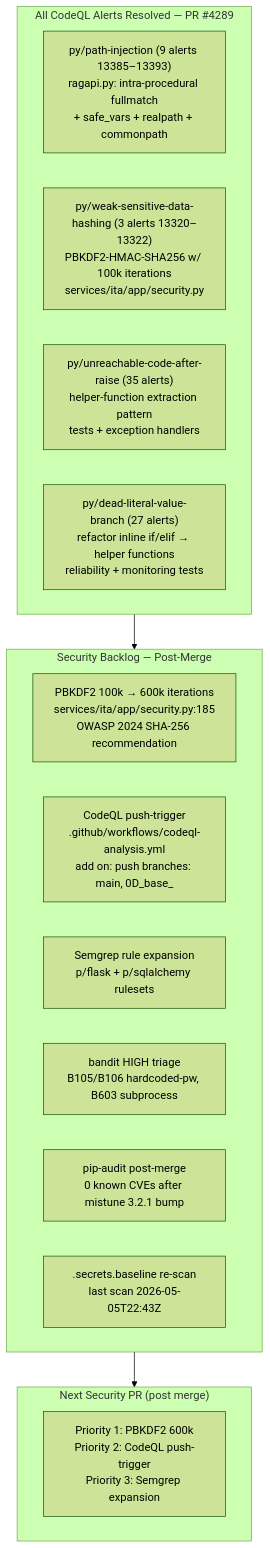
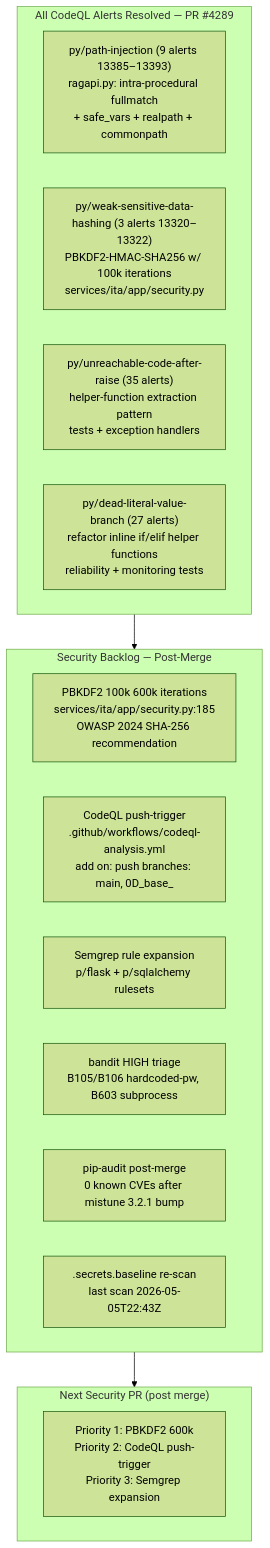
Before and after one commit to Aries-Serpent/_codex_: the ninth of 26 diagrams in docs/sessions/PR4317_session_diagram.md, drawn with Mermaid (forest theme). The commit also changed other lines of this file and 4117 other files, not shown here.

````diff
--- a/docs/sessions/PR4317_session_diagram.md
+++ b/docs/sessions/PR4317_session_diagram.md
@@ -259,26 +308,28 @@
 ```mermaid
 %%{init: {'accessibility': {'title': 'Flowchart showing " All CodeQL Alerts Resolved — PR #4289", "py/path-injection (9 alerts 13385–13393)\nragapi.py: intra-procedural fullmatch\n+ safe_vars + realpath + commonpath"'}}%%
+
 flowchart TD
-    subgraph RESOLVED[" All CodeQL Alerts Resolved — PR #4289"]
-        R1["py/path-injection (9 alerts 13385–13393)\nragapi.py: intra-procedural fullmatch\n+ safe_vars + realpath + commonpath"]
-        R2["py/weak-sensitive-data-hashing (3 alerts 13320–13322)\nPBKDF2-HMAC-SHA256 w/ 100k iterations\nservices/ita/app/security.py"]
-        R3["py/unreachable-code-after-raise (35 alerts)\nhelper-function extraction pattern\ntests + exception handlers"]
-        R4["py/dead-literal-value-branch (27 alerts)\nrefactor inline if/elif → helper functions\nreliability + monitoring tests"]
-    end
+ subgraph RESOLVED[" All CodeQL Alerts Resolved — PR #4289"]
+ R1["py/path-injection (9 alerts 13385–13393)\nragapi.py: intra-procedural fullmatch\n+ safe_vars + realpath + commonpath"]
+ R2["py/weak-sensitive-data-hashing (3 alerts 13320–13322)\nPBKDF2-HMAC-SHA256 w/ 100k iterations\nservices/ita/app/security.py"]
+ R3["py/unreachable-code-after-raise (35 alerts)\nhelper-function extraction pattern\ntests + exception handlers"]
+ R4["py/dead-literal-value-branch (27 alerts)\nrefactor inline if/elif helper functions\nreliability + monitoring tests"]
+ end
 
-    subgraph BACKLOG[" Security Backlog — Post-Merge"]
-        B1[" PBKDF2 100k → 600k iterations\nservices/ita/app/security.py:185\nOWASP 2024 SHA-256 recommendation"]
-        B2[" CodeQL push-trigger\n.github/workflows/codeql-analysis.yml\nadd on: push branches: main, 0D_base_"]
-        B3[" Semgrep rule expansion\np/flask + p/sqlalchemy rulesets"]
-        B4[" bandit HIGH triage\nB105/B106 hardcoded-pw, B603 subprocess"]
-        B5[" pip-audit post-merge\n0 known CVEs after mistune 3.2.1 bump"]
-        B6[" .secrets.baseline re-scan\nlast scan 2026-05-05T22:43Z"]
-    end
+ subgraph BACKLOG[" Security Backlog — Post-Merge"]
+ B1[" PBKDF2 100k 600k iterations\nservices/ita/app/security.py:185\nOWASP 2024 SHA-256 recommendation"]
+ B2[" CodeQL push-trigger\n.github/workflows/codeql-analysis.yml\nadd on: push branches: main, 0D_base_"]
+ B3[" Semgrep rule expansion\np/flask + p/sqlalchemy rulesets"]
+ B4[" bandit HIGH triage\nB105/B106 hardcoded-pw, B603 subprocess"]
+ B5[" pip-audit post-merge\n0 known CVEs after mistune 3.2.1 bump"]
+ B6[" .secrets.baseline re-scan\nlast scan 2026-05-05T22:43Z"]
+ end
 
-    subgraph NEXT[" Next Security PR (post merge)"]
-        N1["Priority 1: PBKDF2 600k\nPriority 2: CodeQL push-trigger\nPriority 3: Semgrep expansion"]
-    end
+ subgraph NEXT[" Next Security PR (post merge)"]
+ N1["Priority 1: PBKDF2 600k\nPriority 2: CodeQL push-trigger\nPriority 3: Semgrep expansion"]
+ end
 
-    RESOLVED --> BACKLOG
-    BACKLOG --> NEXT
+ RESOLVED --> BACKLOG
+
+ BACKLOG --> NEXT
 ```
````
